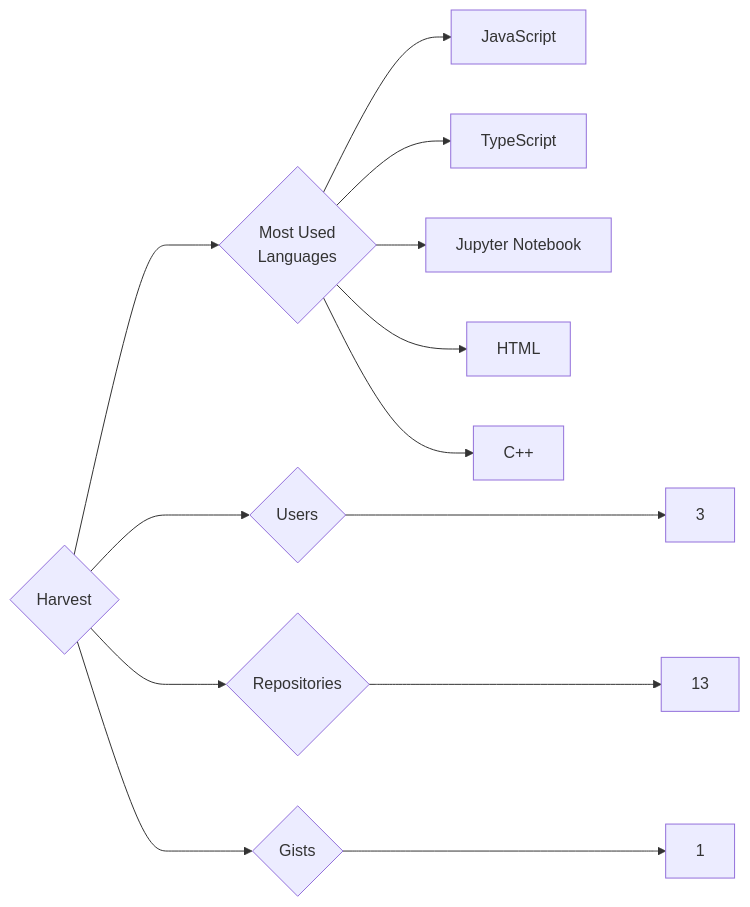
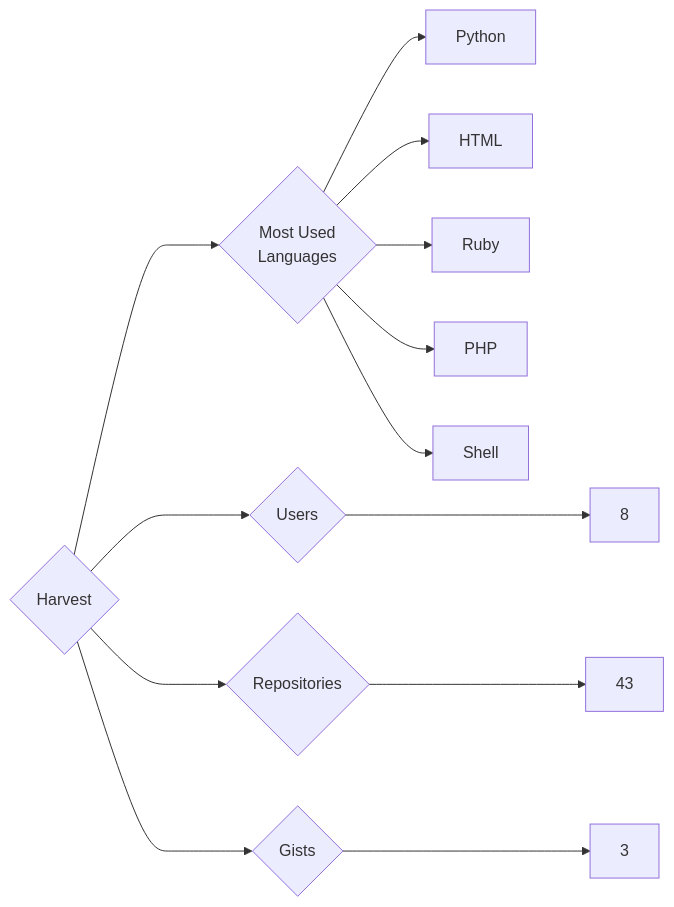
Before and after one commit to trickest/insiders: the diagram in targets/Harvest/README.md, drawn with Mermaid. The commit also changed 826 other files, not shown here.

````diff
--- a/targets/Harvest/README.md
+++ b/targets/Harvest/README.md
@@ -3,13 +3,13 @@
 ```mermaid
 graph LR
 COMPANY_NAME{Harvest}
-COMPANY_NAME ---> U{Users} ---> UN[3]
-COMPANY_NAME ---> R{Repositories} ---> RN[13]
-COMPANY_NAME ---> G{Gists} ---> GN[1]
+COMPANY_NAME ---> U{Users} ---> UN[8]
+COMPANY_NAME ---> R{Repositories} ---> RN[43]
+COMPANY_NAME ---> G{Gists} ---> GN[3]
 COMPANY_NAME ---> ML{Most Used<br>Languages}
-ML --> JavaScript[JavaScript]
-ML --> TypeScript[TypeScript]
-ML --> Jupyter_Notebook[Jupyter Notebook]
+ML --> Python[Python]
 ML --> HTML[HTML]
-ML --> C++[C++]
+ML --> Ruby[Ruby]
+ML --> PHP[PHP]
+ML --> Shell[Shell]
 ```
````
